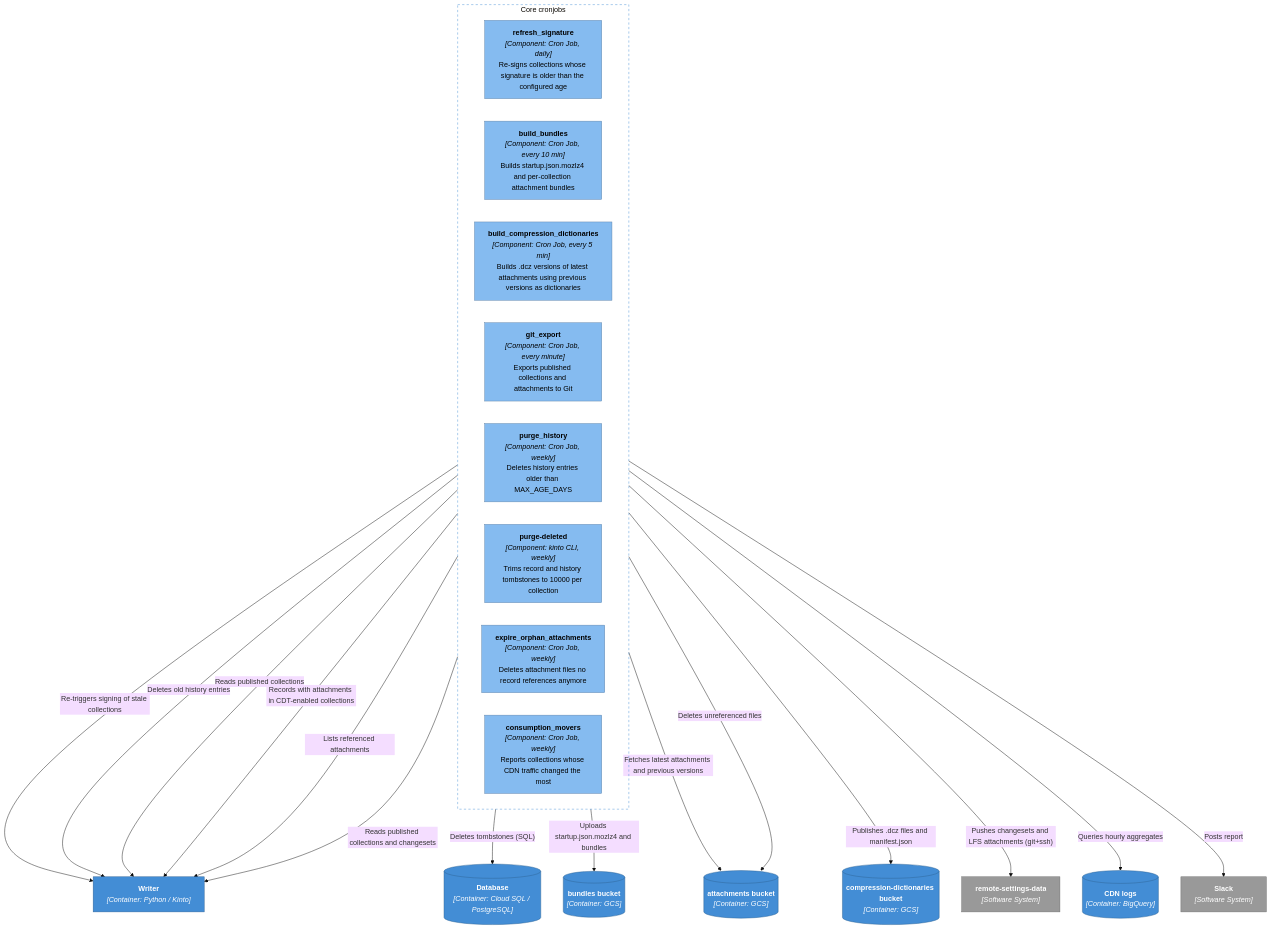
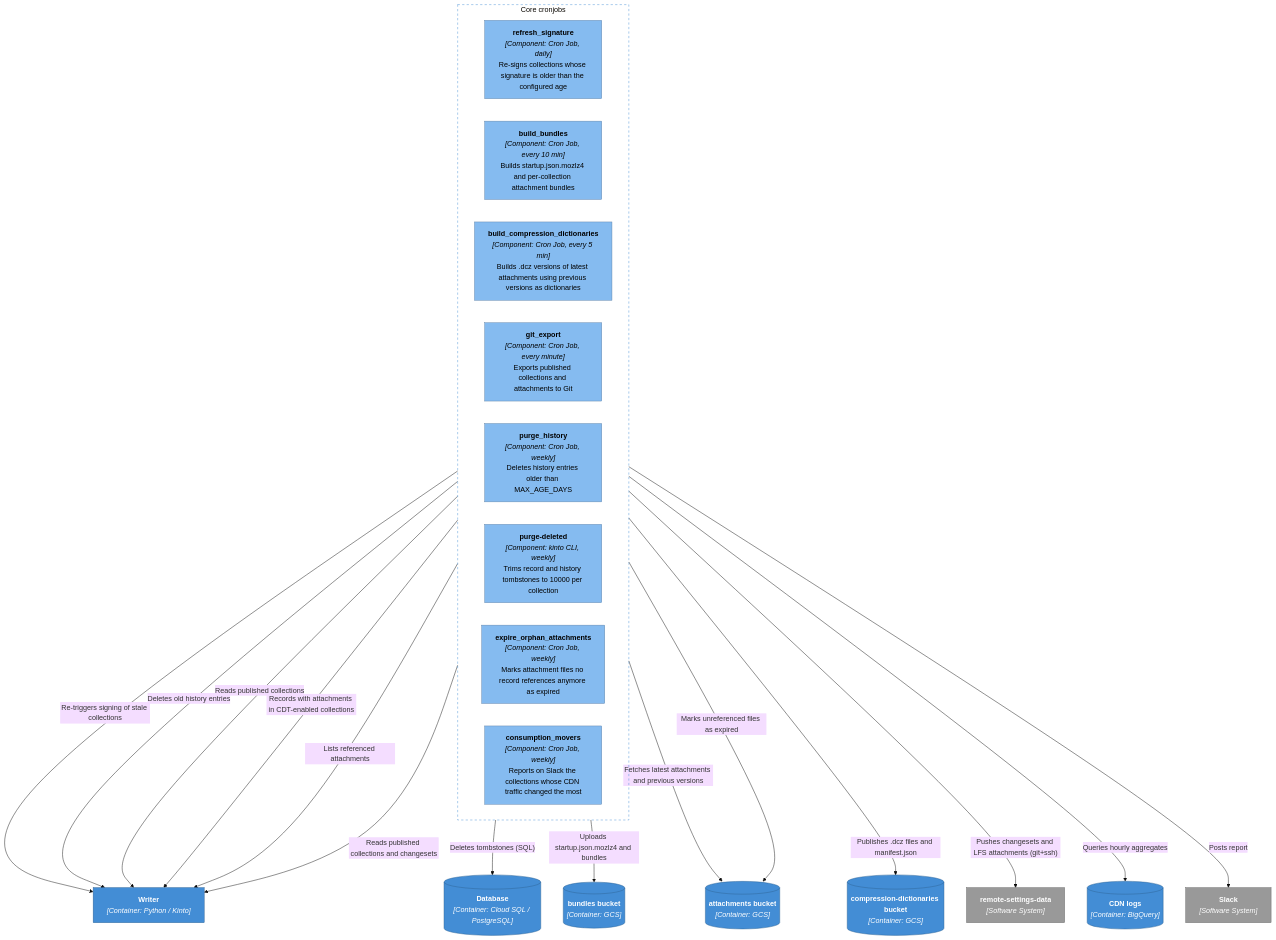
One commit to mozilla/remote-settings changed the diagram in docs/architecture/diagrams/cronjobs.mmd. Above: the diagram before and after it, drawn with Mermaid (base theme). The commit also changed 5 other files, not shown here.

```diff
--- a/docs/architecture/diagrams/cronjobs.mmd
+++ b/docs/architecture/diagrams/cronjobs.mmd
@@ -1,74 +1,74 @@
 %% Labels are markdown strings. Logos come from a `logo-*` class on a node (see
 %% docs/_static/mermaid.css).
 flowchart TB
   classDef component fill:#85bbf0,stroke:#5d82a8,color:#000
   classDef container fill:#438dd5,stroke:#2e6295,color:#fff
   classDef external fill:#999999,stroke:#6b6b6b,color:#fff
 
   subgraph cronjobs [Core cronjobs]
     direction LR
     refreshSignature["`**refresh_signature**
     *[Component: Cron Job, daily]*
     Re-signs collections whose signature is older than the configured age`"]:::component
     buildBundles["`**build_bundles**
     *[Component: Cron Job, every 10 min]*
     Builds startup.json.mozlz4 and per-collection attachment bundles`"]:::component
     buildDictionaries["`**build_compression_dictionaries**
     *[Component: Cron Job, every 5 min]*
     Builds .dcz versions of latest attachments using previous versions as dictionaries`"]:::component
     gitExport["`**git_export**
     *[Component: Cron Job, every minute]*
     Exports published collections and attachments to Git`"]:::component
     purgeHistory["`**purge_history**
     *[Component: Cron Job, weekly]*
     Deletes history entries older than MAX_AGE_DAYS`"]:::component
     purgeDeleted["`**purge-deleted**
     *[Component: kinto CLI, weekly]*
     Trims record and history tombstones to 10000 per collection`"]:::component
     expireOrphans["`**expire_orphan_attachments**
     *[Component: Cron Job, weekly]*
-    Deletes attachment files no record references anymore`"]:::component
+    Marks attachment files no record references anymore as expired`"]:::component
     consumptionMovers["`**consumption_movers**
     *[Component: Cron Job, weekly]*
-    Reports collections whose CDN traffic changed the most`"]:::component
+    Reports on Slack the collections whose CDN traffic changed the most`"]:::component
   end
 
   writer["`**Writer**
   *[Container: Python / Kinto]*`"]:::container
   class writer logo-kinto
   postgres[("`**Database**
   *[Container: Cloud SQL / PostgreSQL]*`")]:::container
   class postgres logo-postgresql
   gcsAttachments[("`**attachments bucket**
   *[Container: GCS]*`")]:::container
   gcsBundles[("`**bundles bucket**
   *[Container: GCS]*`")]:::container
   gcsDictionaries[("`**compression-dictionaries bucket**
   *[Container: GCS]*`")]:::container
   class gcsAttachments,gcsBundles,gcsDictionaries logo-gcs
   bigquery[("`**CDN logs**
   *[Container: BigQuery]*`")]:::container
   class bigquery logo-bigquery
   github["`**remote-settings-data**
   *[Software System]*`"]:::external
   class github logo-github
   slack["`**Slack**
   *[Software System]*`"]:::external
   class slack logo-slack
 
   refreshSignature -->|"Re-triggers signing of stale collections"| writer
   purgeHistory -->|"Deletes old history entries"| writer
   purgeDeleted -->|"Deletes tombstones (SQL)"| postgres
   buildBundles -->|"Reads published collections"| writer
   buildBundles -->|"Uploads startup.json.mozlz4 and bundles"| gcsBundles
   buildDictionaries -->|"Records with attachments in CDT-enabled collections"| writer
   buildDictionaries -->|"Fetches latest attachments and previous versions"| gcsAttachments
   buildDictionaries -->|"Publishes .dcz files and manifest.json"| gcsDictionaries
   expireOrphans -->|"Lists referenced attachments"| writer
-  expireOrphans -->|"Deletes unreferenced files"| gcsAttachments
+  expireOrphans -->|"Marks unreferenced files as expired"| gcsAttachments
   gitExport -->|"Reads published collections and changesets"| writer
   gitExport -->|"Pushes changesets and LFS attachments (git+ssh)"| github
   consumptionMovers -->|"Queries hourly aggregates"| bigquery
   consumptionMovers -->|"Posts report"| slack
 
   style cronjobs fill:none,stroke:#438dd5,stroke-dasharray:5 5
```
